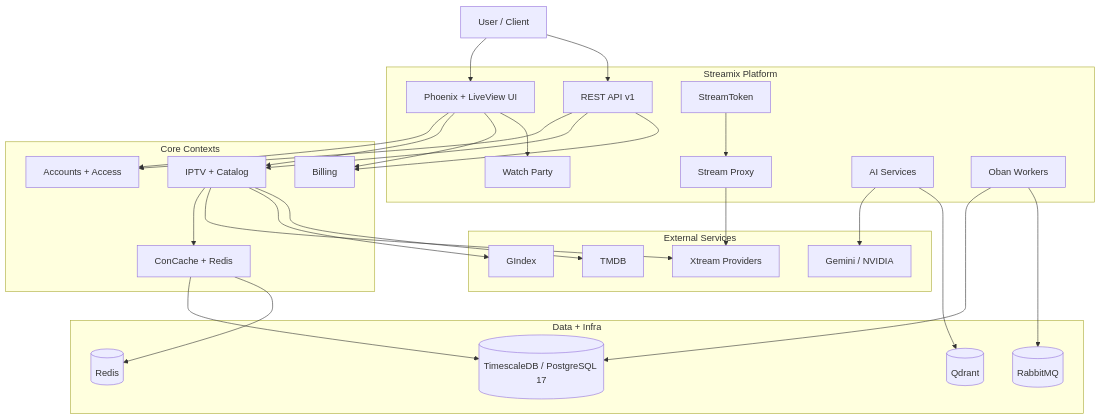
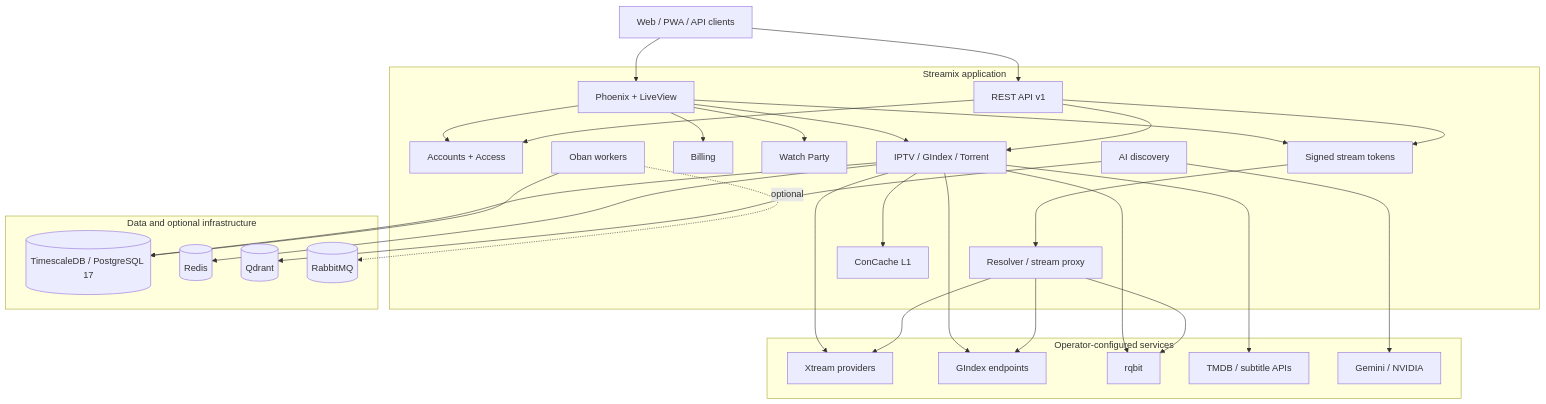
Before and after one commit to gabrielmaialva33/streamix: the first of 2 diagrams in README.md, drawn with Mermaid. The commit also changed other lines of this file and 1 other file, not shown here.

Commit message:
docs: update README with clarified features, architecture, and runtime setup instructions

````diff
--- a/README.md
+++ b/README.md
@@ -90,57 +119,59 @@
 ```mermaid
 graph TD
-    U[User / Client]
+    CLIENTS[Web / PWA / API clients]
 
-    subgraph Streamix["Streamix Platform"]
-        W[Phoenix + LiveView UI]
+    subgraph APP["Streamix application"]
+        WEB[Phoenix + LiveView]
         API[REST API v1]
-        ST[StreamToken]
-        SP[Stream Proxy]
-        WP[Watch Party]
-        AI[AI Services]
-        JOBS[Oban Workers]
+        AUTH[Accounts + Access]
+        CATALOG[IPTV / GIndex / Torrent]
+        BILL[Billing]
+        PARTY[Watch Party]
+        AI[AI discovery]
+        TOKEN[Signed stream tokens]
+        DELIVERY[Resolver / stream proxy]
+        JOBS[Oban workers]
+        L1[ConCache L1]
     end
 
-    subgraph Core["Core Contexts"]
-        ACC[Accounts + Access]
-        IPTV[IPTV + Catalog]
-        BILL[Billing]
-        CACHE[ConCache + Redis]
-    end
-
-    subgraph Data["Data + Infra"]
+    subgraph DATA["Data and optional infrastructure"]
         DB[(TimescaleDB / PostgreSQL 17)]
         REDIS[(Redis)]
         QDRANT[(Qdrant)]
         RMQ[(RabbitMQ)]
     end
 
-    subgraph External["External Services"]
-        XT[Xtream Providers]
-        GIDX[GIndex]
-        TMDB[TMDB]
+    subgraph SOURCES["Operator-configured services"]
+        XT[Xtream providers]
+        GIDX[GIndex endpoints]
+        RQBIT[rqbit]
+        TMDB[TMDB / subtitle APIs]
         EMB[Gemini / NVIDIA]
     end
 
-    U --> W
-    U --> API
-    W --> ACC
-    W --> IPTV
-    W --> BILL
-    W --> WP
-    API --> ACC
-    API --> IPTV
-    API --> BILL
-    IPTV --> CACHE
-    CACHE --> DB
-    CACHE --> REDIS
-    ST --> SP
-    SP --> XT
-    IPTV --> XT
-    IPTV --> GIDX
-    IPTV --> TMDB
+    CLIENTS --> WEB
+    CLIENTS --> API
+    WEB --> AUTH
+    WEB --> CATALOG
+    WEB --> BILL
+    WEB --> PARTY
+    API --> AUTH
+    API --> CATALOG
+    CATALOG --> DB
+    CATALOG --> L1
+    CATALOG --> REDIS
+    CATALOG --> XT
+    CATALOG --> GIDX
+    CATALOG --> RQBIT
+    CATALOG --> TMDB
+    WEB --> TOKEN
+    API --> TOKEN
+    TOKEN --> DELIVERY
+    DELIVERY --> XT
+    DELIVERY --> GIDX
+    DELIVERY --> RQBIT
     AI --> EMB
     AI --> QDRANT
     JOBS --> DB
-    JOBS --> RMQ
+    JOBS -. optional .-> RMQ
 ```
````
